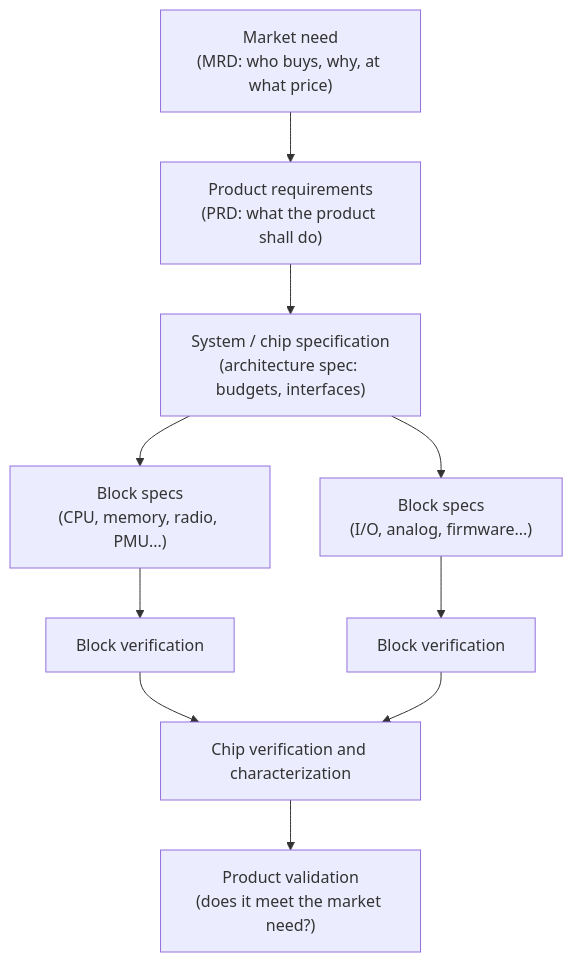
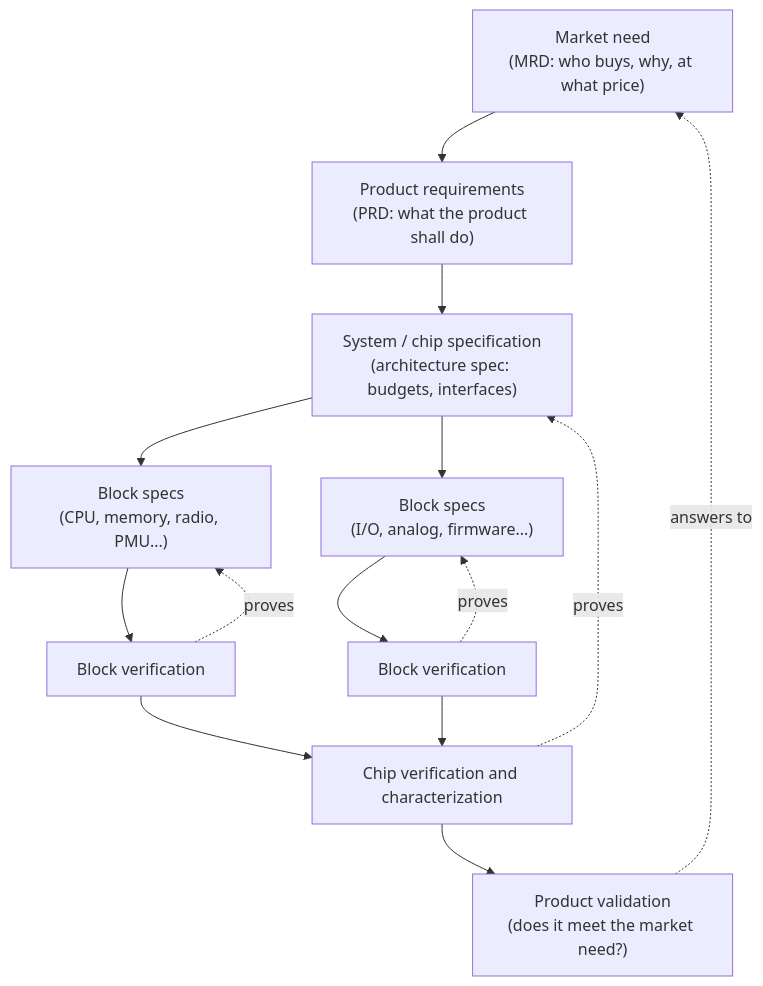
The diagram in courses/26-engineering-design-and-professional-practice/chapters/26-01-requirements-and-specifications.md (FrankHuang94/EE_database_claude), drawn with Mermaid before and after one commit. The commit also changed other lines of this file and 11 other files, not shown here.

````diff
--- a/courses/26-engineering-design-and-professional-practice/chapters/26-01-requirements-and-specifications.md
+++ b/courses/26-engineering-design-and-professional-practice/chapters/26-01-requirements-and-specifications.md
@@ -39,12 +39,16 @@
 ```mermaid
 flowchart TB
   M["Market need<br/>(MRD: who buys, why, at what price)"] --> P["Product requirements<br/>(PRD: what the product shall do)"]
   P --> S["System / chip specification<br/>(architecture spec: budgets, interfaces)"]
   S --> B1["Block specs<br/>(CPU, memory, radio, PMU...)"]
   S --> B2["Block specs<br/>(I/O, analog, firmware...)"]
   B1 --> V1["Block verification"]
   B2 --> V2["Block verification"]
   V1 --> VS["Chip verification and characterization"]
   V2 --> VS
   VS --> VP["Product validation<br/>(does it meet the market need?)"]
+  V1 -. proves .-> B1
+  V2 -. proves .-> B2
+  VS -. proves .-> S
+  VP -. answers to .-> M
 ```
````
